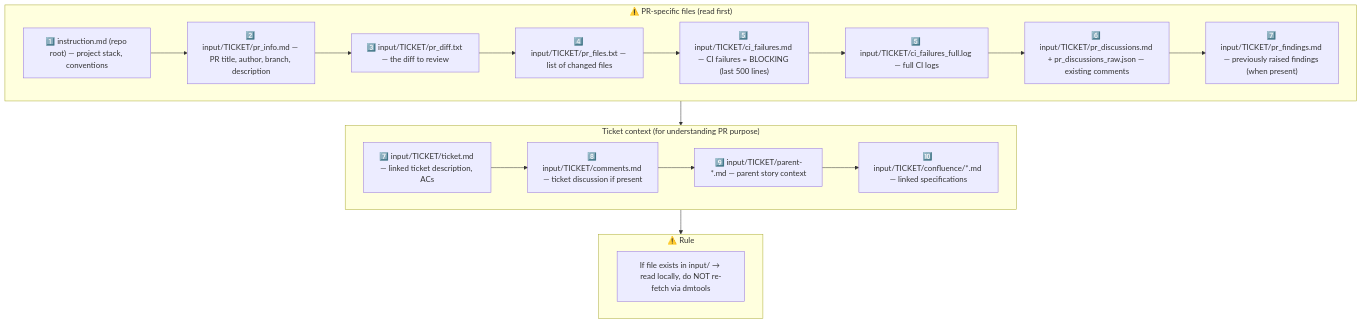
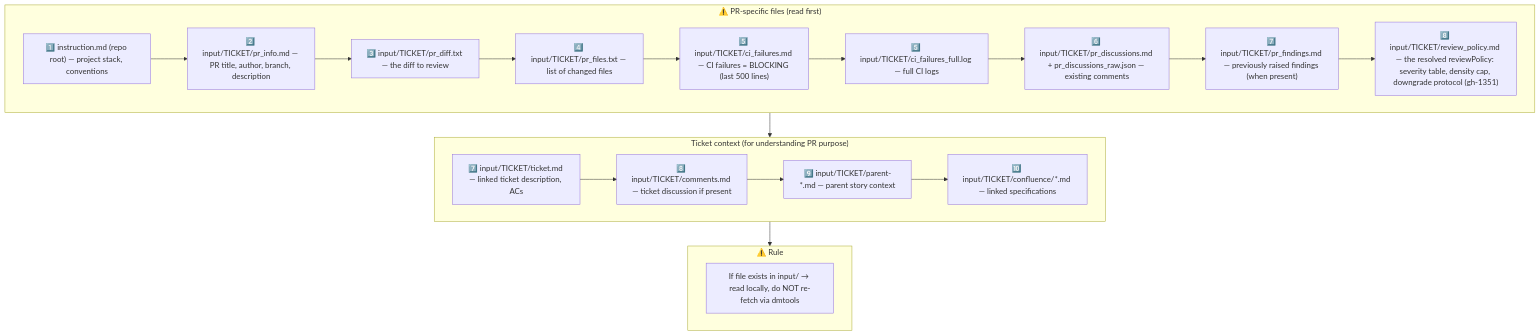
The second of 2 diagrams in instructions/pr_review/general_guidelines.md (IstiN/dmtools-agents), drawn with Mermaid before and after one commit. The commit also changed other lines of this file and 53 other files, not shown here.

First line of the commit message:
gh-1351 [1328 step 2/4] reviewPolicy config + verdict layer: 4-tier severity, IMPORTANT gates approval, density control (#1357)

````diff
--- a/instructions/pr_review/general_guidelines.md
+++ b/instructions/pr_review/general_guidelines.md
@@ -20,28 +20,29 @@
 ```mermaid
 flowchart TD
     subgraph PR_CONTEXT["⚠️ PR-specific files (read first)"]
         P1["1️⃣ instruction.md (repo root) — project stack, conventions"]
         P2["2️⃣ input/TICKET/pr_info.md — PR title, author, branch, description"]
         P3["3️⃣ input/TICKET/pr_diff.txt — the diff to review"]
         P4["4️⃣ input/TICKET/pr_files.txt — list of changed files"]
         P5["5️⃣ input/TICKET/ci_failures.md — CI failures = BLOCKING (last 500 lines)"]
         P5_FULL["5️⃣ input/TICKET/ci_failures_full.log — full CI logs"]
         P6["6️⃣ input/TICKET/pr_discussions.md + pr_discussions_raw.json — existing comments"]
         P7["7️⃣ input/TICKET/pr_findings.md — previously raised findings (when present)"]
-        P1 --> P2 --> P3 --> P4 --> P5 --> P5_FULL --> P6 --> P7
+        P8["8️⃣ input/TICKET/review_policy.md — the resolved reviewPolicy: severity table, density cap, downgrade protocol (gh-1351)"]
+        P1 --> P2 --> P3 --> P4 --> P5 --> P5_FULL --> P6 --> P7 --> P8
     end
 
     subgraph TICKET_CONTEXT["Ticket context (for understanding PR purpose)"]
         T1["7️⃣ input/TICKET/ticket.md — linked ticket description, ACs"]
         T2["8️⃣ input/TICKET/comments.md — ticket discussion if present"]
         T3["9️⃣ input/TICKET/parent-*.md — parent story context"]
         T4["🔟 input/TICKET/confluence/*.md — linked specifications"]
         T1 --> T2 --> T3 --> T4
     end
 
     subgraph RULE["⚠️ Rule"]
         R1["If file exists in input/ → read locally, do NOT re-fetch via dmtools"]
     end
 
     PR_CONTEXT --> TICKET_CONTEXT --> RULE
 ```
````
